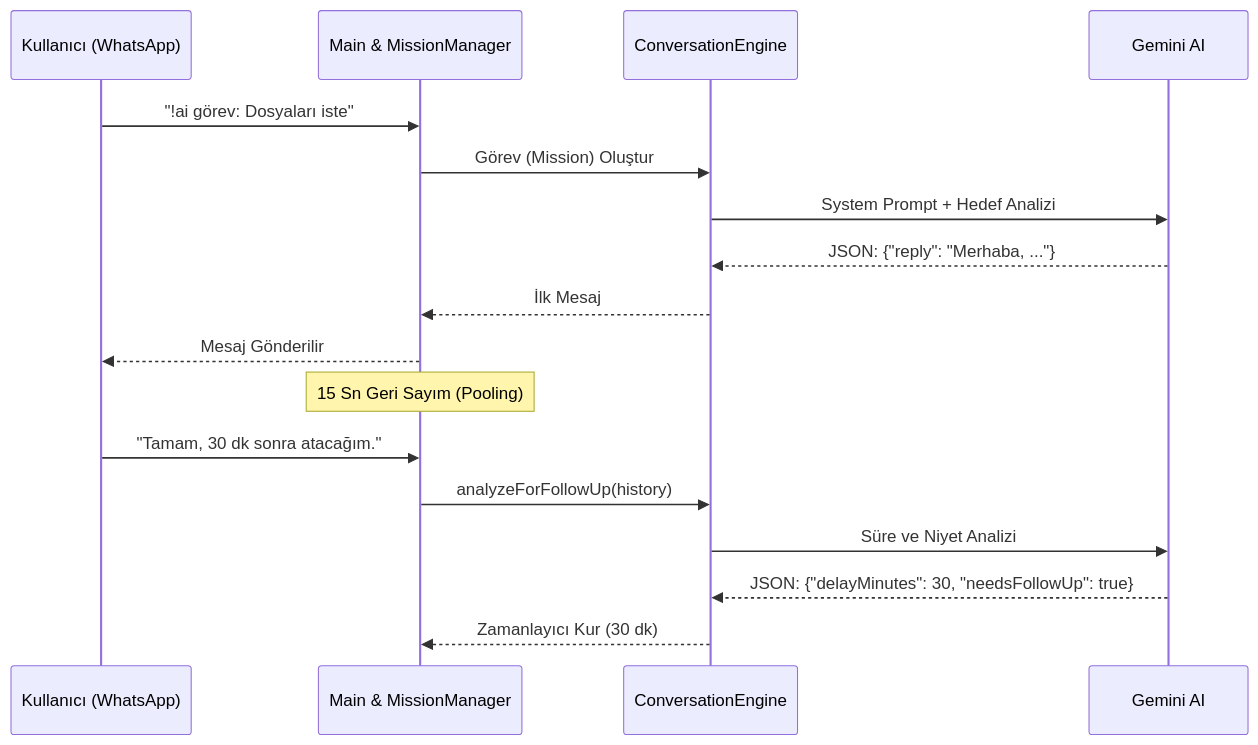
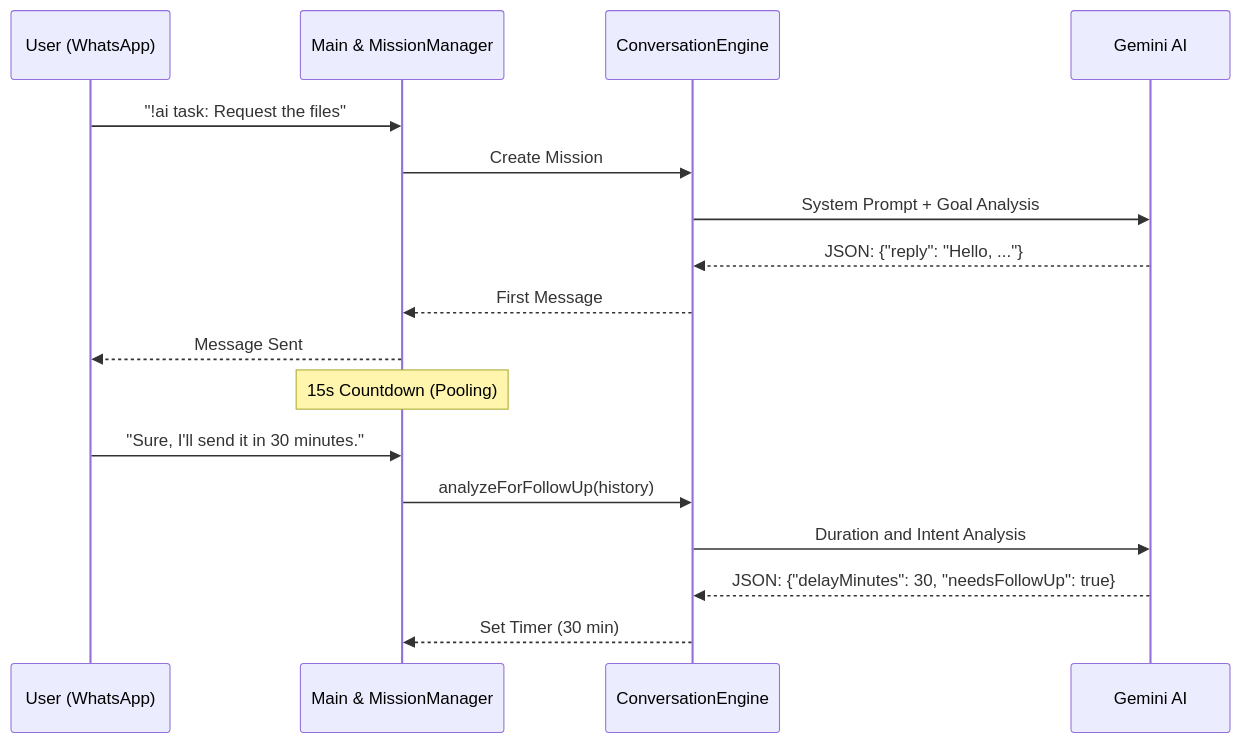
One commit to SERDAR-AKIN/whatsapp changed the diagram in README.md. Above: the diagram before and after it, drawn with Mermaid. The commit also changed other lines of this file and 13 other files, not shown here.

````diff
--- a/README.md
+++ b/README.md
@@ -62,21 +62,21 @@
 ```mermaid
 sequenceDiagram
-    participant U as Kullanıcı (WhatsApp)
+    participant U as User (WhatsApp)
     participant M as Main & MissionManager
     participant CE as ConversationEngine
     participant G as Gemini AI
 
-    U->>M: "!ai görev: Dosyaları iste"
-    M->>CE: Görev (Mission) Oluştur
-    CE->>G: System Prompt + Hedef Analizi
-    G-->>CE: JSON: {"reply": "Merhaba, ..."}
-    CE-->>M: İlk Mesaj
-    M-->>U: Mesaj Gönderilir
+    U->>M: "!ai task: Request the files"
+    M->>CE: Create Mission
+    CE->>G: System Prompt + Goal Analysis
+    G-->>CE: JSON: {"reply": "Hello, ..."}
+    CE-->>M: First Message
+    M-->>U: Message Sent
     
-    Note over M: 15 Sn Geri Sayım (Pooling)
-    U->>M: "Tamam, 30 dk sonra atacağım."
+    Note over M: 15s Countdown (Pooling)
+    U->>M: "Sure, I'll send it in 30 minutes."
     M->>CE: analyzeForFollowUp(history)
-    CE->>G: Süre ve Niyet Analizi
+    CE->>G: Duration and Intent Analysis
     G-->>CE: JSON: {"delayMinutes": 30, "needsFollowUp": true}
-    CE-->>M: Zamanlayıcı Kur (30 dk)
+    CE-->>M: Set Timer (30 min)
 ```
````
